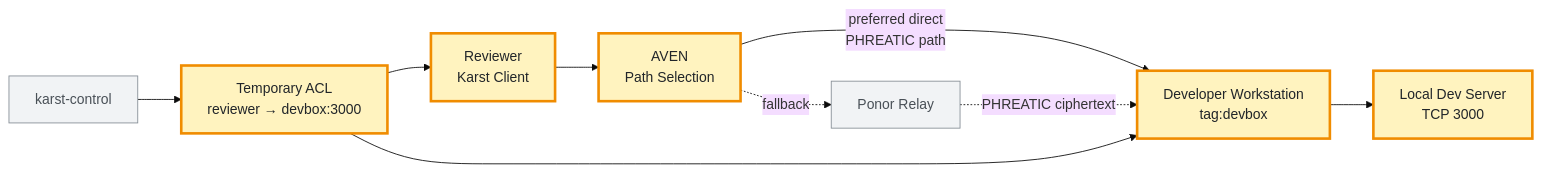
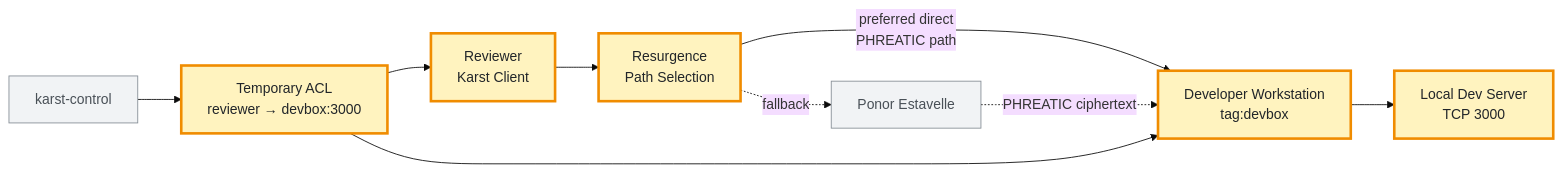
Before and after one commit to karst-net/karst: the seventh of 9 diagrams in docs/CUSTOMER-SCENARIOS.md, drawn with Mermaid (base theme). The commit also changed other lines of this file and 474 other files, not shown here.

First line of the commit message:
Rename AVEN/Relay/Gateway to Resurgence/Estavelle/Aven (ADR-0069) (#557)

````diff
--- a/docs/CUSTOMER-SCENARIOS.md
+++ b/docs/CUSTOMER-SCENARIOS.md
@@ -455,24 +455,24 @@
 ```mermaid
 flowchart LR
     Reviewer["Reviewer<br/>Karst Client"]
-    AVEN["AVEN<br/>Path Selection"]
+    Resurgence["Resurgence<br/>Path Selection"]
     Dev["Developer Workstation<br/>tag:devbox"]
     App["Local Dev Server<br/>TCP 3000"]
-    Relay["Ponor Relay"]
+    Estavelle["Ponor Estavelle"]
     Control["karst-control"]
     ACL["Temporary ACL<br/>reviewer → devbox:3000"]
 
-    Reviewer --> AVEN
-    AVEN -->|"preferred direct<br/>PHREATIC path"| Dev
-    AVEN -.->|"fallback"| Relay
-    Relay -.->|"PHREATIC ciphertext"| Dev
+    Reviewer --> Resurgence
+    Resurgence -->|"preferred direct<br/>PHREATIC path"| Dev
+    Resurgence -.->|"fallback"| Estavelle
+    Estavelle -.->|"PHREATIC ciphertext"| Dev
     Dev --> App
     Control --> ACL
     ACL --> Reviewer
     ACL --> Dev
 
     classDef focus fill:#fff3bf,stroke:#f08c00,stroke-width:3px,color:#212529;
     classDef context fill:#f1f3f5,stroke:#868e96,color:#495057;
-    class Reviewer,AVEN,Dev,App,ACL focus;
-    class Relay,Control context;
+    class Reviewer,Resurgence,Dev,App,ACL focus;
+    class Estavelle,Control context;
 ```
````
